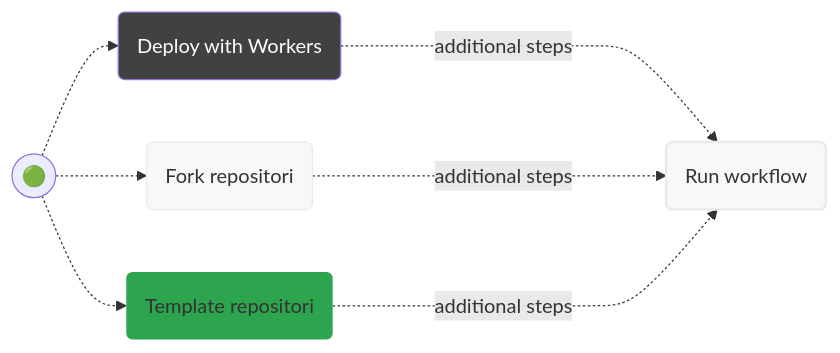
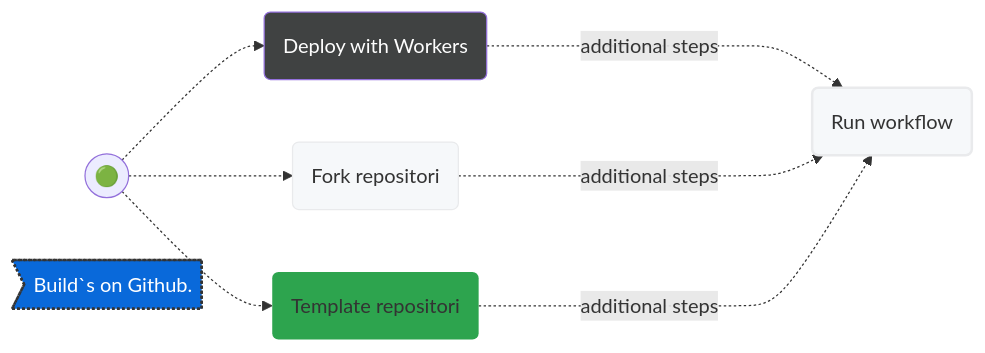
Before and after one commit to milankomaj/dev-badge: the diagram in README.md, drawn with Mermaid.

````diff
--- a/README.md
+++ b/README.md
@@ -12,20 +12,22 @@
 ```mermaid
 flowchart LR
 
 B(("🟢")) .->C("Deploy with Workers")
 B(("🟢")) .->D("Fork repositori")
 B(("🟢")) .->E("Template repositori")
 C & D & E -...->|additional steps| F("Run workflow") 
 
+id1>Build`s on Github.]
 
 style F fill:#f6f8fa,stroke:#333,stroke-width:2px
 style C fill:#404242,color:#fefefe
 style D fill:#f6f8fa,stroke:#e9eaec
 style E fill:#2da44e,stroke-width:0px
 style F fill:#f6f8fa,stroke:#e9eaec
+style id1 fill:#0969da,stroke:#333,stroke-width:2px,color:#fff,stroke-dasharray: 2 2
 
 click D "https://github.com/milankomaj/dev-badge/fork"
 click E "https://github.com/milankomaj/dev-badge/generate"
 
 
 ```
````
